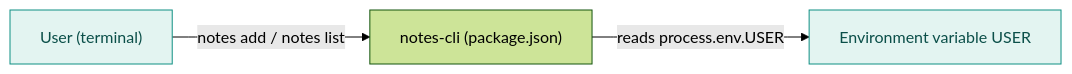
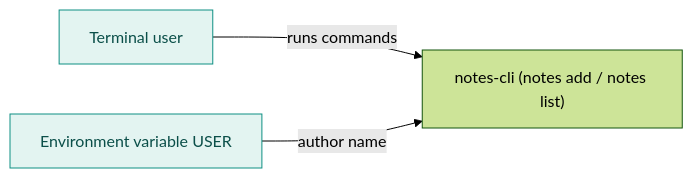
Before and after one commit to hxxnn/codemap: the first of 3 diagrams in examples/ts-notes-cli/docs/codemap/architecture.md, drawn with Mermaid (forest theme). The commit also changed other lines of this file and 35 other files, not shown here.

First line of the commit message:
test: regenerate examples with the final diagram rules

````diff
--- a/examples/ts-notes-cli/docs/codemap/architecture.md
+++ b/examples/ts-notes-cli/docs/codemap/architecture.md
@@ -16,9 +16,9 @@
 ```mermaid
 flowchart LR
-  n1["User (terminal)"]:::external
-  n2["notes-cli (package.json)"]
-  n3["Environment variable USER"]:::external
-  n1 -->|"notes add / notes list"| n2
-  n2 -->|"reads process.env.USER"| n3
+  u["Terminal user"]:::external
+  env["Environment variable USER"]:::external
+  sys["notes-cli (notes add / notes list)"]
+  u -->|"runs commands"| sys
+  env -->|"author name"| sys
   classDef external fill:#E3F4F1,stroke:#0E8F83,color:#0B4F49
 ```
````
